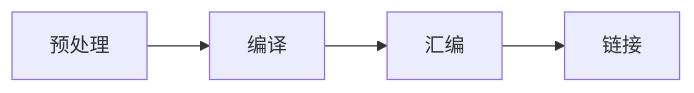
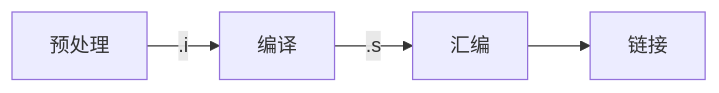
One commit to qffa/personalnote changed the diagram in Dev/C/01.C编译过程/01.C编译过程.md. Above: the diagram before and after it, drawn with Mermaid. The commit also changed 73 other files, not shown here.

````diff
--- a/Dev/C/01.C编译过程/01.C编译过程.md
+++ b/Dev/C/01.C编译过程/01.C编译过程.md
@@ -5,6 +5,6 @@
 ```mermaid
 graph LR
-  预处理 --> 编译
-  编译 --> 汇编
+  预处理 --.i--> 编译
+  编译 --.s--> 汇编
   汇编 --> 链接
 ```
````
